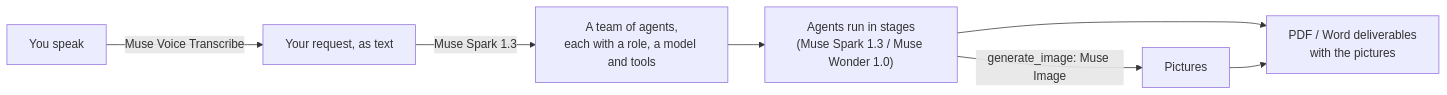
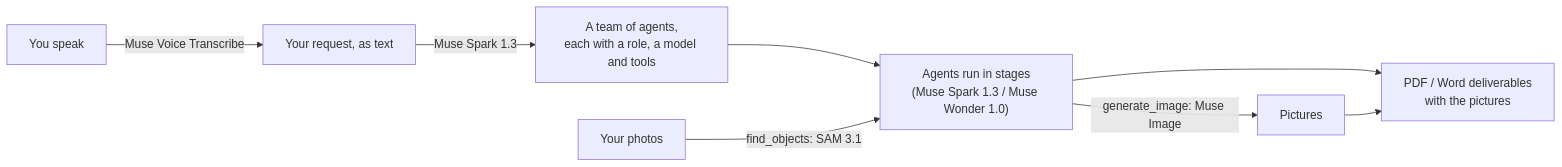
The diagram in HACKATHON.md (Fezzaioussama/AIMIx), drawn with Mermaid before and after one commit. The commit also changed other lines of this file, not shown here.

Commit message:
docs(HACKATHON): add the SAM 3.1 object finding

````diff
--- a/HACKATHON.md
+++ b/HACKATHON.md
@@ -39,9 +40,10 @@
 ```mermaid
 flowchart LR
     Voice["You speak"] -->|Muse Voice Transcribe| Text["Your request, as text"]
     Text -->|Muse Spark 1.3| Plan["A team of agents,<br/>each with a role, a model and tools"]
     Plan --> Agents["Agents run in stages<br/>(Muse Spark 1.3 / Muse Wonder 1.0)"]
     Agents -->|generate_image: Muse Image| Picture["Pictures"]
+    Photo["Your photos"] -->|find_objects: SAM 3.1| Agents
     Agents --> Docs["PDF / Word deliverables<br/>with the pictures"]
     Picture --> Docs
 ```
````
